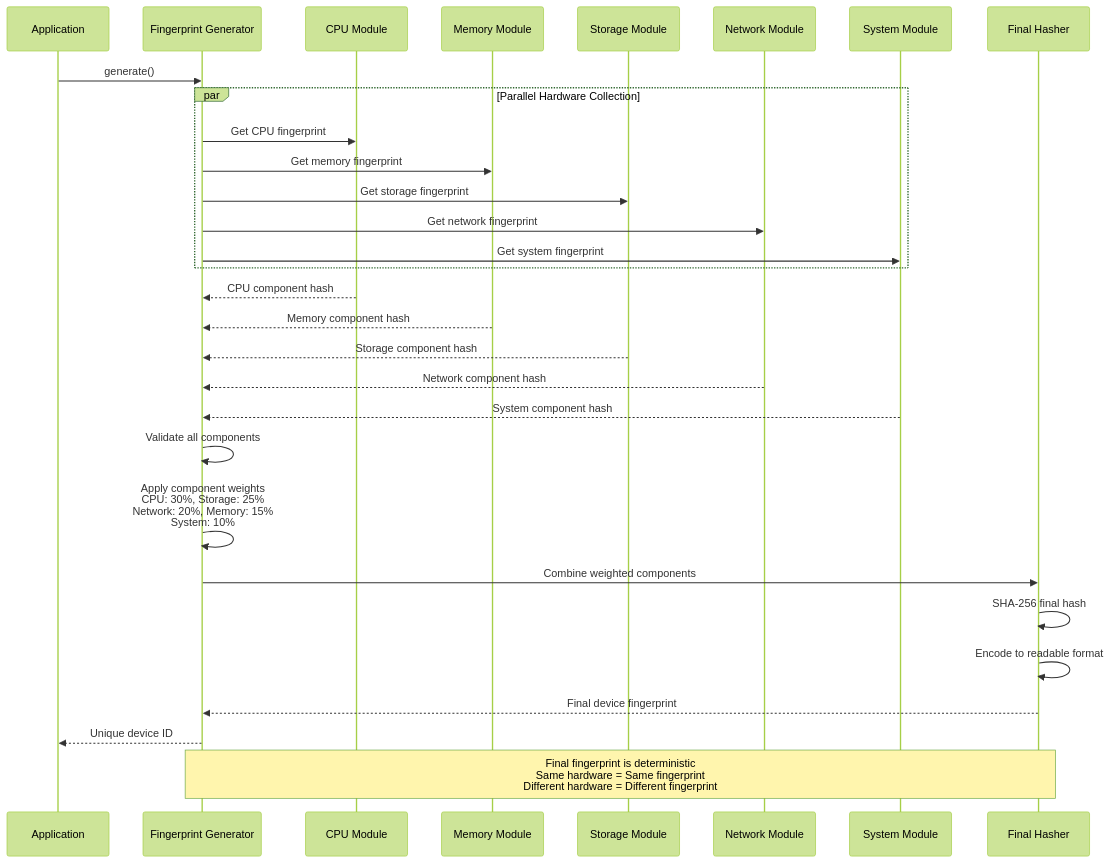
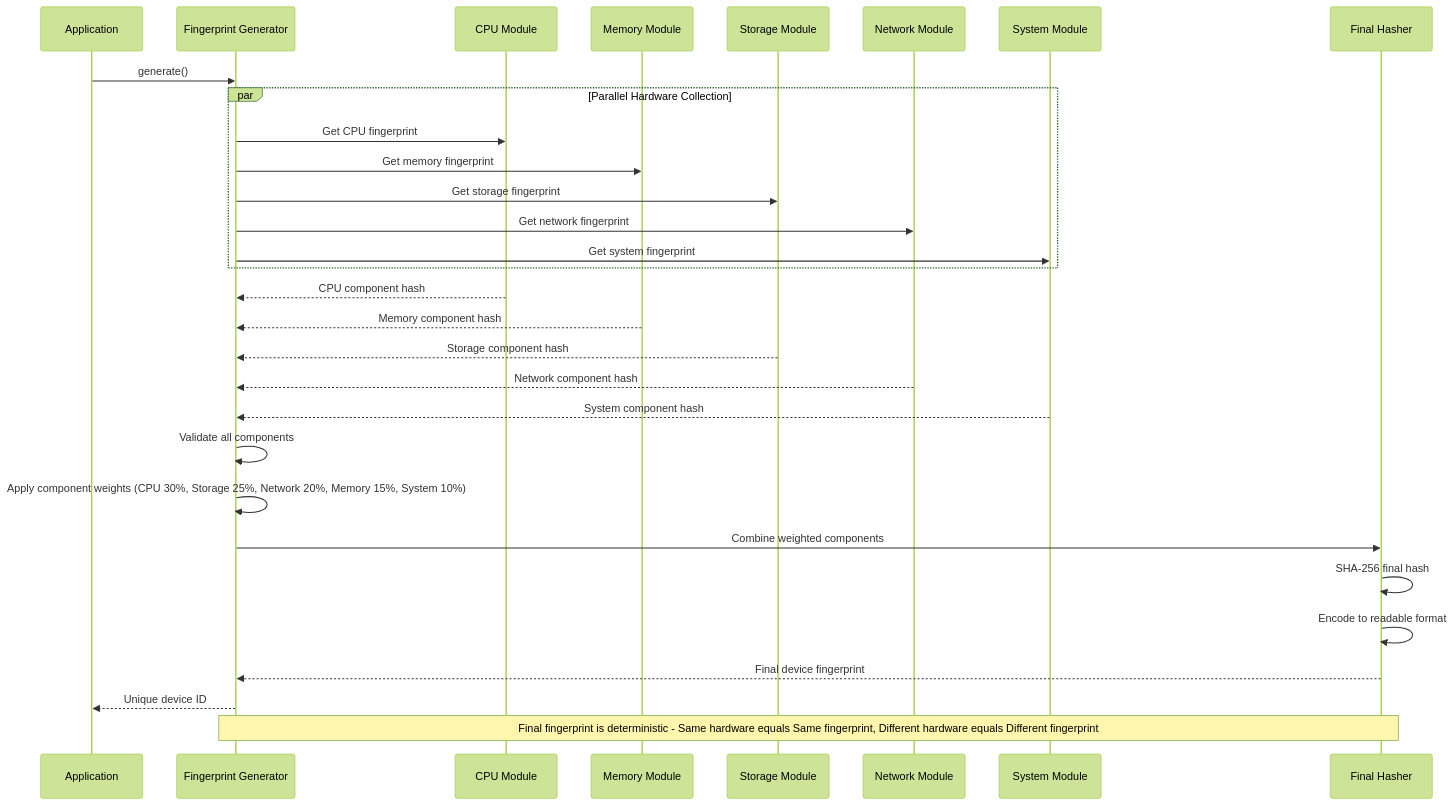
One commit to Johnsonajibi/DeviceFingerprinting changed the seventh of 7 diagrams in README.md. Above: the diagram before and after it, drawn with Mermaid (forest theme). The commit also changed other lines of this file, not shown here.

First line of the commit message:
Fix Mermaid diagram syntax errors

````diff
--- a/README.md
+++ b/README.md
@@ -372,39 +372,39 @@
 ```mermaid
 sequenceDiagram
     participant App as Application
     participant Gen as Fingerprint Generator
     participant CPU as CPU Module
     participant Mem as Memory Module
     participant Stor as Storage Module
     participant Net as Network Module
     participant Sys as System Module
     participant Hash as Final Hasher
     
     App->>Gen: generate()
     
     par Parallel Hardware Collection
         Gen->>CPU: Get CPU fingerprint
         Gen->>Mem: Get memory fingerprint
         Gen->>Stor: Get storage fingerprint
         Gen->>Net: Get network fingerprint
         Gen->>Sys: Get system fingerprint
     end
     
     CPU-->>Gen: CPU component hash
     Mem-->>Gen: Memory component hash
     Stor-->>Gen: Storage component hash
     Net-->>Gen: Network component hash
     Sys-->>Gen: System component hash
     
     Gen->>Gen: Validate all components
-    Gen->>Gen: Apply component weights<br/>CPU: 30%, Storage: 25%<br/>Network: 20%, Memory: 15%<br/>System: 10%
+    Gen->>Gen: Apply component weights (CPU 30%, Storage 25%, Network 20%, Memory 15%, System 10%)
     
     Gen->>Hash: Combine weighted components
     Hash->>Hash: SHA-256 final hash
     Hash->>Hash: Encode to readable format
     Hash-->>Gen: Final device fingerprint
     
     Gen-->>App: Unique device ID
     
-    Note over Gen,Hash: Final fingerprint is deterministic<br/>Same hardware = Same fingerprint<br/>Different hardware = Different fingerprint
+    Note over Gen,Hash: Final fingerprint is deterministic - Same hardware equals Same fingerprint, Different hardware equals Different fingerprint
 ```
````
